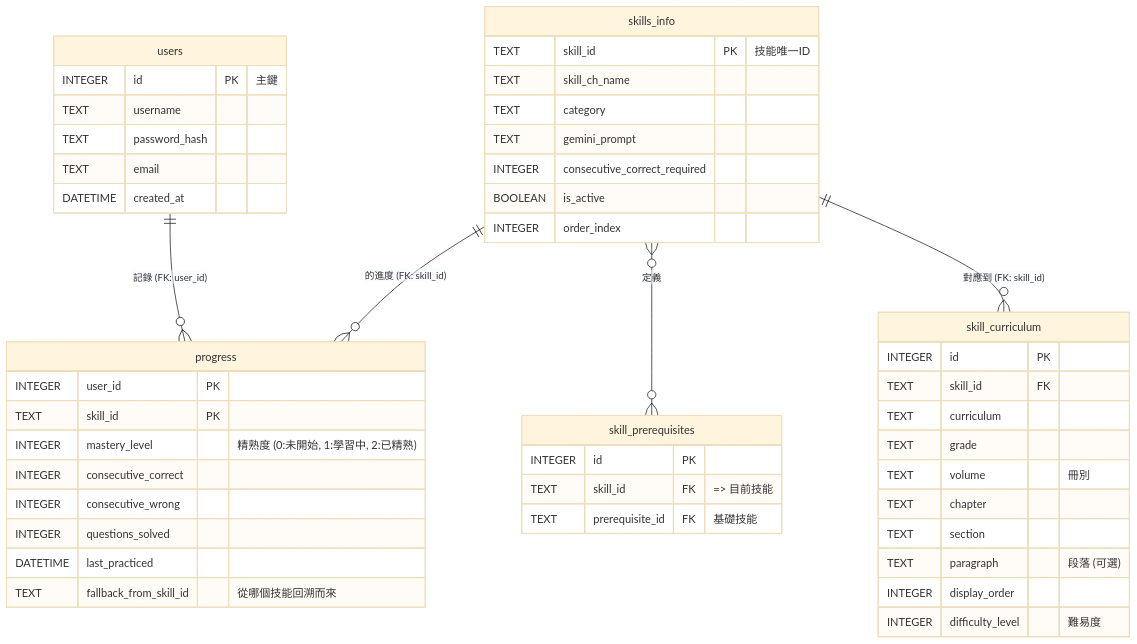
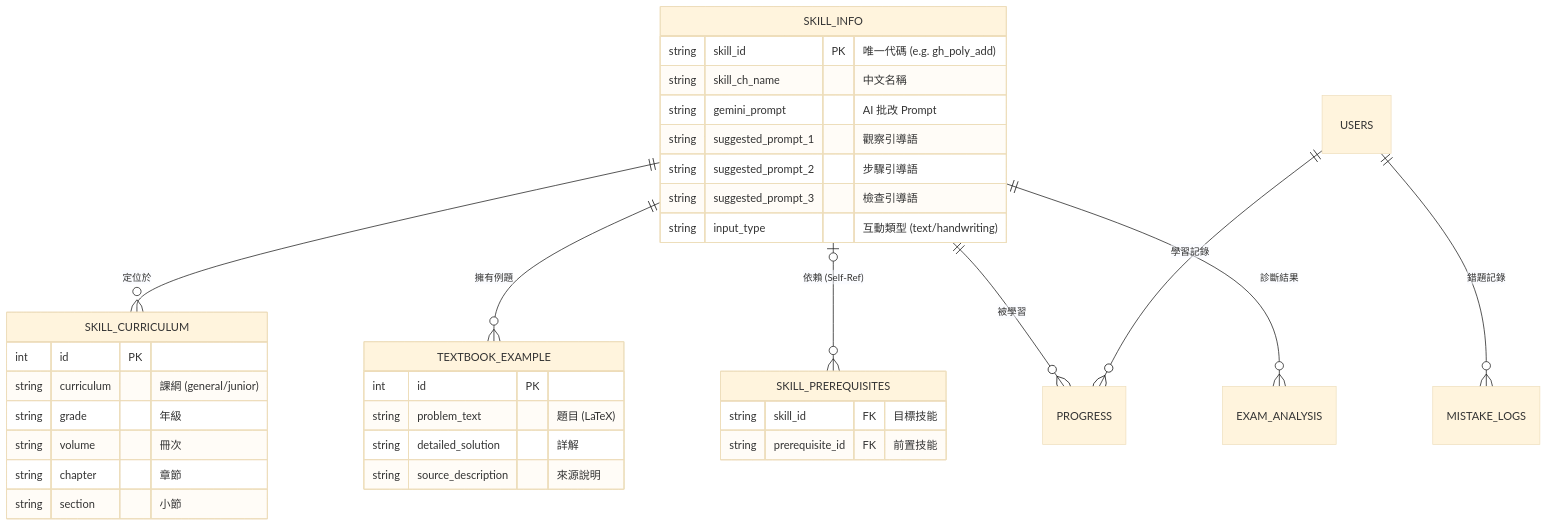
The second of 2 diagrams in docs/軟體設計文件 (SDD).md (yyfsunnyboy/MathProject_AST_Research), drawn with Mermaid (base theme) before and after one commit. The commit also changed other lines of this file and 16 other files, not shown here.

`````diff
--- a/docs/軟體設計文件 (SDD).md
+++ b/docs/軟體設計文件 (SDD).md
@@ -47,55 +94,42 @@
 ```mermaid
 erDiagram
-    users ||--o{ progress : "記錄 (FK: user_id)"
-    skills_info ||--o{ progress : "的進度 (FK: skill_id)"
-    skills_info }o--o{ skill_prerequisites : "定義"
-    skills_info ||--o{ skill_curriculum : "對應到 (FK: skill_id)"
+    SKILL_INFO ||--o{ SKILL_CURRICULUM : "定位於"
+    SKILL_INFO ||--o{ TEXTBOOK_EXAMPLE : "擁有例題"
+    SKILL_INFO |o--o{ SKILL_PREREQUISITES : "依賴 (Self-Ref)"
+    SKILL_INFO ||--o{ PROGRESS : "被學習"
+    SKILL_INFO ||--o{ EXAM_ANALYSIS : "診斷結果"
 
-    users {
-        INTEGER id PK "主鍵"
-        TEXT username
-        TEXT password_hash
-        TEXT email
-        DATETIME created_at
+    USERS ||--o{ PROGRESS : "學習記錄"
+    USERS ||--o{ MISTAKE_LOGS : "錯題記錄"
+    
+    SKILL_CURRICULUM {
+        int id PK
+        string curriculum "課綱 (general/junior)"
+        string grade "年級"
+        string volume "冊次"
+        string chapter "章節"
+        string section "小節"
     }
 
-    skills_info {
-        TEXT skill_id PK "技能唯一ID"
-        TEXT skill_ch_name
-        TEXT category
-        TEXT gemini_prompt
-        INTEGER consecutive_correct_required
-        BOOLEAN is_active
-        INTEGER order_index
+    SKILL_INFO {
+        string skill_id PK "唯一代碼 (e.g. gh_poly_add)"
+        string skill_ch_name "中文名稱"
+        string gemini_prompt "AI 批改 Prompt"
+        string suggested_prompt_1 "觀察引導語"
+        string suggested_prompt_2 "步驟引導語"
+        string suggested_prompt_3 "檢查引導語"
+        string input_type "互動類型 (text/handwriting)"
+    }
+    
+    TEXTBOOK_EXAMPLE {
+        int id PK
+        string problem_text "題目 (LaTeX)"
+        string detailed_solution "詳解"
+        string source_description "來源說明"
     }
 
-    skill_prerequisites {
-        INTEGER id PK
-        TEXT skill_id FK "=> 目前技能"
-        TEXT prerequisite_id FK "基礎技能"
+    SKILL_PREREQUISITES {
+        string skill_id FK "目標技能"
+        string prerequisite_id FK "前置技能"
     }
-
-    progress {
-        INTEGER user_id PK
-        TEXT skill_id PK
-        INTEGER mastery_level "精熟度 (0:未開始, 1:學習中, 2:已精熟)"
-        INTEGER consecutive_correct
-        INTEGER consecutive_wrong
-        INTEGER questions_solved
-        DATETIME last_practiced
-        TEXT fallback_from_skill_id "從哪個技能回溯而來"
-    }
-
-    skill_curriculum {
-        INTEGER id PK
-        TEXT skill_id FK
-        TEXT curriculum
-        TEXT grade
-        TEXT volume "冊別"
-        TEXT chapter
-        TEXT section
-        TEXT paragraph "段落 (可選)"
-        INTEGER display_order
-        INTEGER difficulty_level "難易度"
-    }
-````
+```
`````
